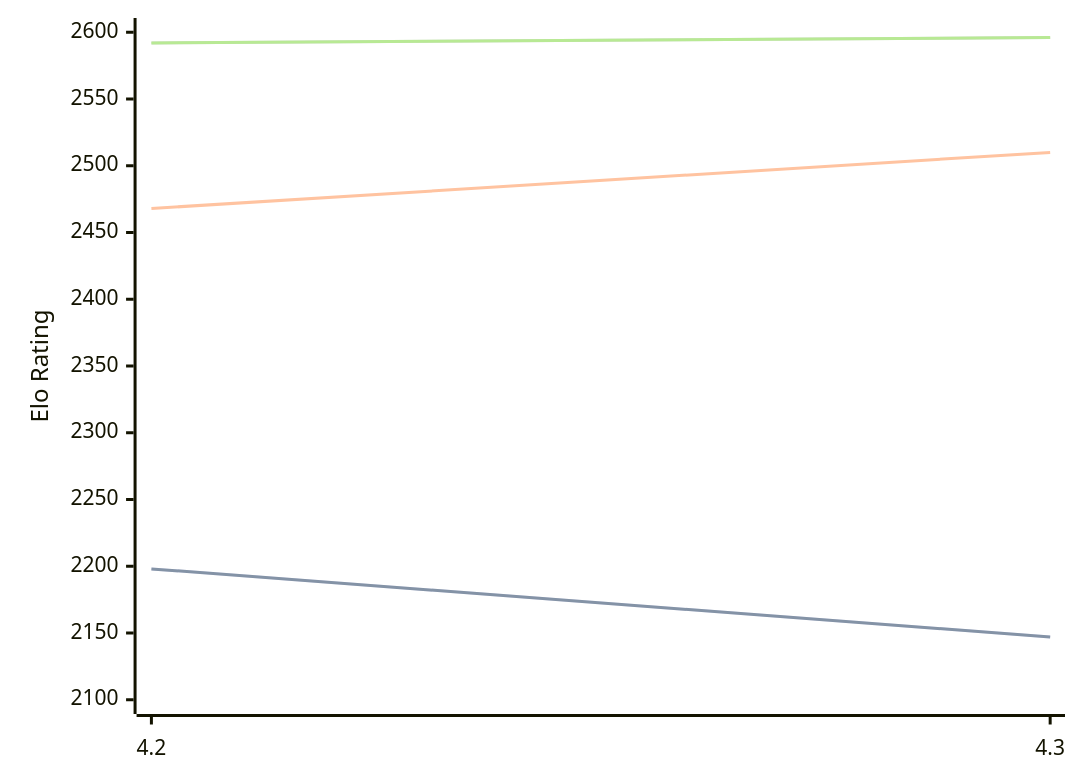
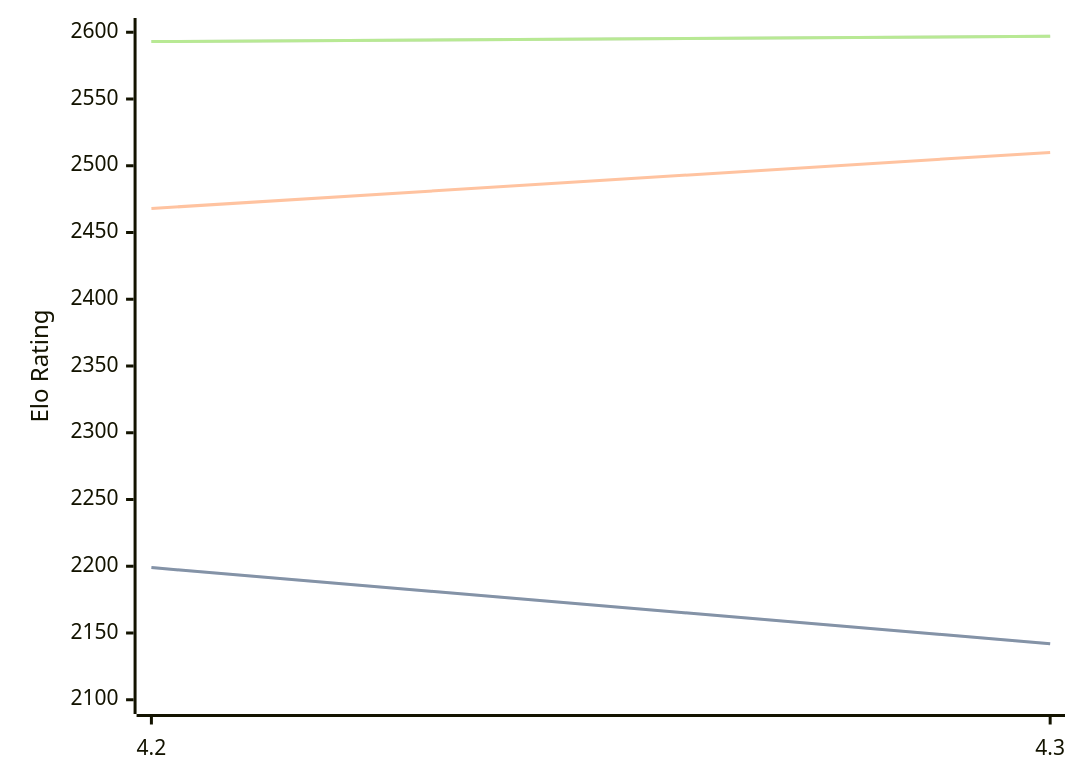
Before and after one commit to computer-chess-index/cci: the diagram in engines/Eubos.md, drawn with Mermaid. The commit also changed other lines of this file, not shown here.

Commit message:
Update CCI Ratings (ELO VLTC) - 2026-03-14

````diff
--- a/engines/Eubos.md
+++ b/engines/Eubos.md
@@ -86,11 +86,11 @@
 ```mermaid
 %%{init: {"theme":"base","themeVariables":{"seriesColors:['#a3a3a3','#222221','#faa371']}}}%%
 xychart-beta
   x-axis ["4.2", "4.3"]
   y-axis "Elo Rating" 2100 --> 2600
-  line "STC (8.0+0.08s)" [2198, 2147]
-  line "STC (8.0+0.08s)" [2198, 2147]
+  line "STC (8.0+0.08s)" [2199, 2142]
+  line "STC (8.0+0.08s)" [2199, 2142]
   line "LTC (60.0+0.60s)" [2468, 2510]
-  line "VLTC (2m24s+1.12s)" [2592, 2596]
-  line "VLTC (2m24s+1.12s)" [2592, 2596]
+  line "VLTC (2m24s+1.12s)" [2593, 2597]
+  line "VLTC (2m24s+1.12s)" [2593, 2597]
 ```
````
